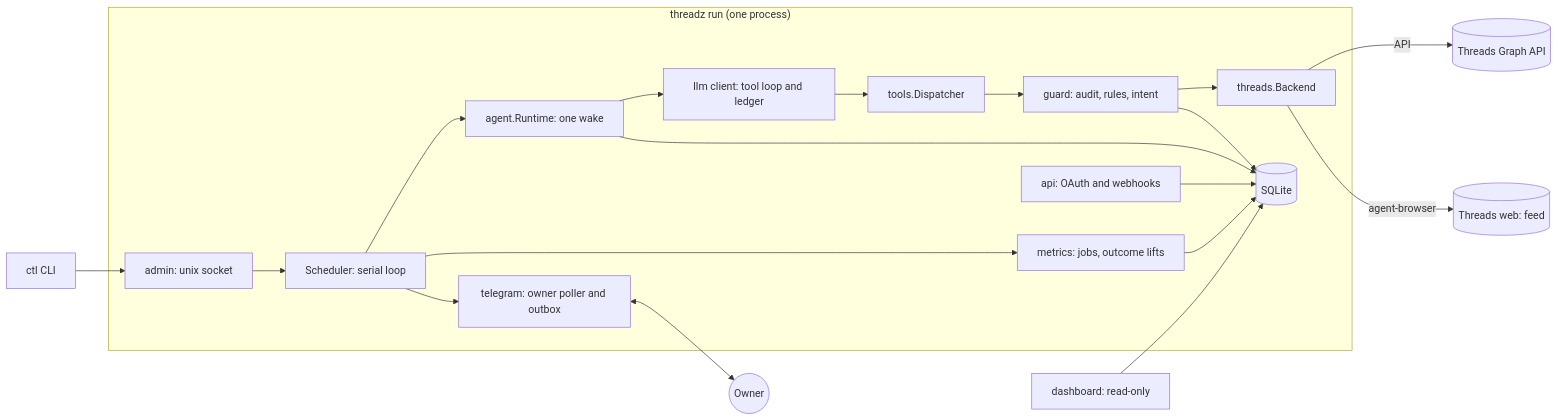
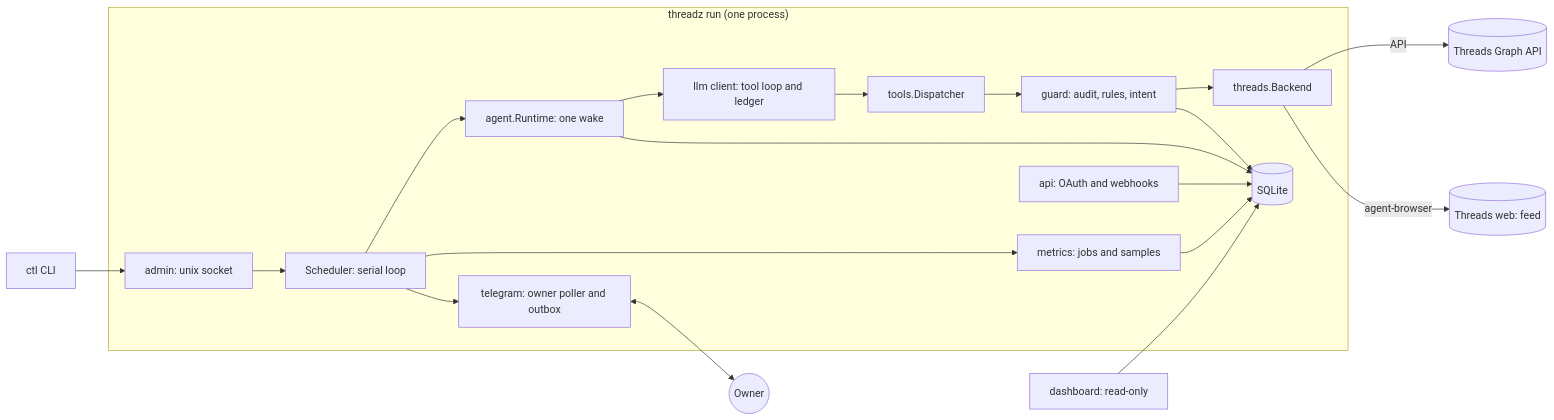
One commit to canhta/threadwalker changed the diagram in docs/architecture.md. Above: the diagram before and after it, drawn with Mermaid. The commit also changed other lines of this file and 14 other files, not shown here.

````diff
--- a/docs/architecture.md
+++ b/docs/architecture.md
@@ -11,22 +11,22 @@
 ```mermaid
 flowchart LR
   subgraph Process["threadz run (one process)"]
     Sched[Scheduler: serial loop] --> Wake[agent.Runtime: one wake]
     Wake --> LLM[llm client: tool loop and ledger]
     LLM --> Disp[tools.Dispatcher]
     Disp --> Guard[guard: audit, rules, intent]
     Guard --> Back[threads.Backend]
-    Sched --> Met[metrics: jobs, outcome lifts]
+    Sched --> Met[metrics: jobs and samples]
     Sched --> TG[telegram: owner poller and outbox]
     Admin[admin: unix socket] --> Sched
     API[api: OAuth and webhooks] --> Store
   end
   Back -->|API| Threads[(Threads Graph API)]
   Back -->|agent-browser| Feed[(Threads web: feed)]
   Guard --> Store[(SQLite)]
   Wake --> Store
   Met --> Store
   Dash[dashboard: read-only] --> Store
   TG <--> Owner((Owner))
   Ctl[ctl CLI] --> Admin
 ```
````
